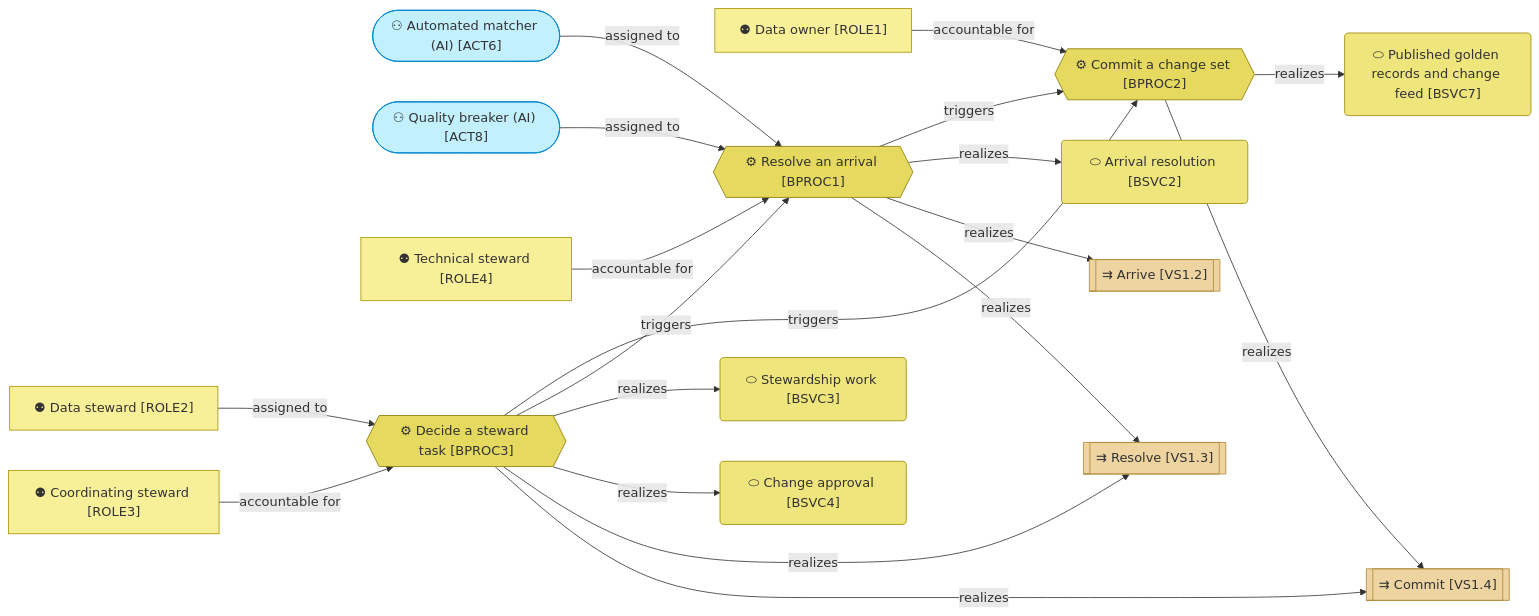
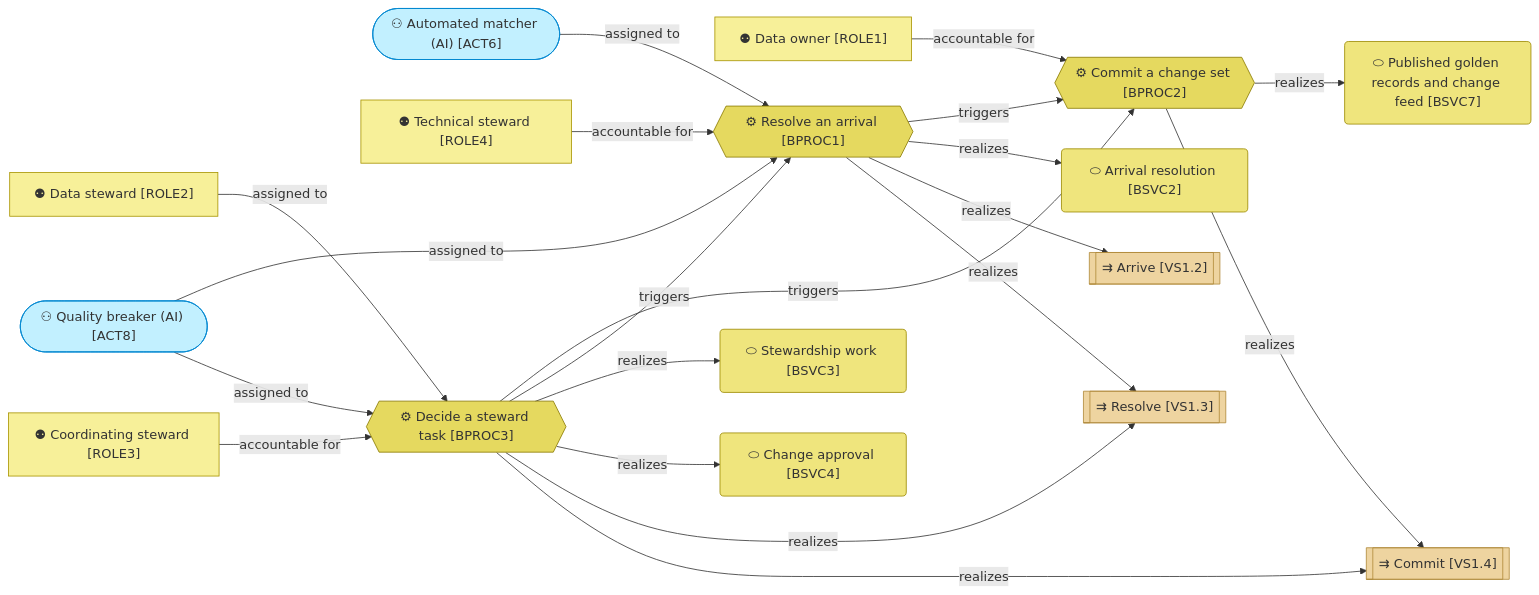
One commit to roanboc/dbx-master-data-manager changed the first of 2 diagrams in architecture/2_business/3_business-processes.md. Above: the diagram before and after it, drawn with Mermaid. The commit also changed other lines of this file and 28 other files, not shown here.

````diff
--- a/architecture/2_business/3_business-processes.md
+++ b/architecture/2_business/3_business-processes.md
@@ -11,44 +11,45 @@
 ```mermaid
 flowchart LR
   act6(["⚇ Automated matcher (AI) [ACT6]"]):::actorAI
   act8(["⚇ Quality breaker (AI) [ACT8]"]):::actorAI
   role4["⚉ Technical steward [ROLE4]"]:::role
   role1["⚉ Data owner [ROLE1]"]:::role
   role2["⚉ Data steward [ROLE2]"]:::role
   role3["⚉ Coordinating steward [ROLE3]"]:::role
   bproc1{{"⚙ Resolve an arrival [BPROC1]"}}:::process
   bproc2{{"⚙ Commit a change set [BPROC2]"}}:::process
   bproc3{{"⚙ Decide a steward task [BPROC3]"}}:::process
   bsvc2("⬭ Arrival resolution [BSVC2]"):::service
   bsvc3("⬭ Stewardship work [BSVC3]"):::service
   bsvc4("⬭ Change approval [BSVC4]"):::service
   bsvc7("⬭ Published golden records and change feed [BSVC7]"):::service
   vs1_2[["⇉ Arrive [VS1.2]"]]:::stage
   vs1_3[["⇉ Resolve [VS1.3]"]]:::stage
   vs1_4[["⇉ Commit [VS1.4]"]]:::stage
 
   act6 -->|assigned to| bproc1
   act8 -->|assigned to| bproc1
+  act8 -->|assigned to| bproc3
   role4 -->|accountable for| bproc1
   role1 -->|accountable for| bproc2
   role2 -->|assigned to| bproc3
   role3 -->|accountable for| bproc3
   bproc1 -->|triggers| bproc2
   bproc3 -->|triggers| bproc2
   bproc3 -->|triggers| bproc1
   bproc1 -->|realizes| bsvc2
   bproc2 -->|realizes| bsvc7
   bproc3 -->|realizes| bsvc3
   bproc3 -->|realizes| bsvc4
   bproc1 -->|realizes| vs1_2
   bproc1 -->|realizes| vs1_3
   bproc2 -->|realizes| vs1_4
   bproc3 -->|realizes| vs1_3
   bproc3 -->|realizes| vs1_4
 
   classDef actorAI fill:#c2f0ff,stroke:#0288d1,color:#333
   classDef role fill:#f7f099,stroke:#a89400,color:#333
   classDef process fill:#e5d95f,stroke:#8a7a00,color:#333
   classDef service fill:#efe57d,stroke:#9c8a00,color:#333
   classDef stage fill:#eed4a0,stroke:#b08a3a,color:#333
 ```
````
